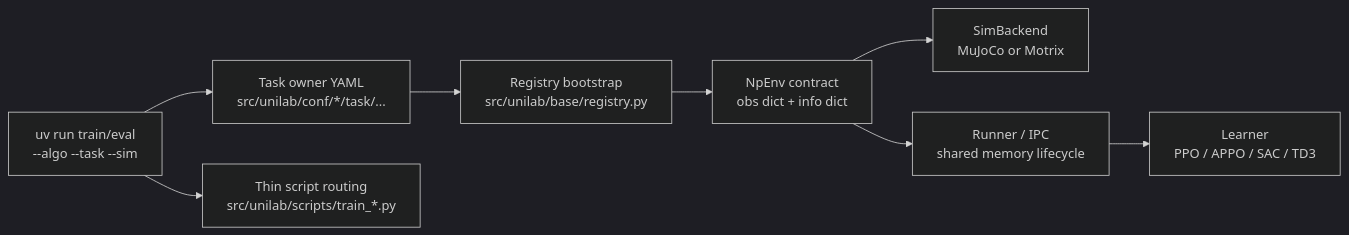
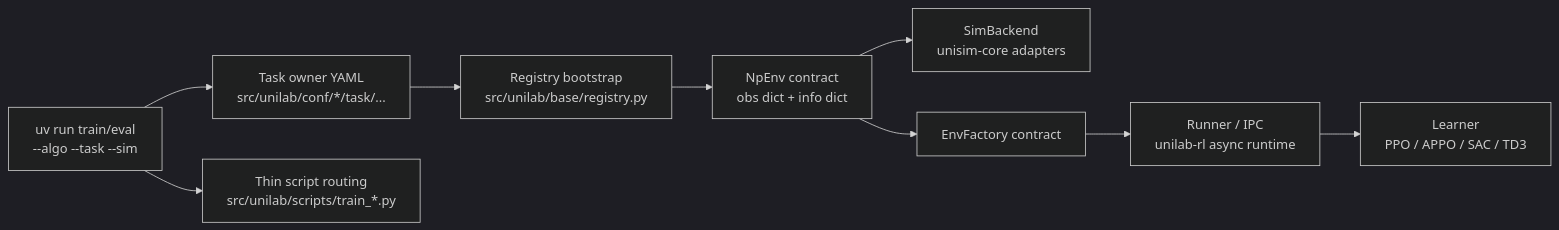
Before and after one commit to Motphys/UniLab: the diagram in docs/sphinx/source/en/0-index.md, drawn with Mermaid (dark theme). The commit also changed other lines of this file and 13 other files, not shown here.

````diff
--- a/docs/sphinx/source/en/0-index.md
+++ b/docs/sphinx/source/en/0-index.md
@@ -126,10 +132,11 @@
 ```{mermaid}
 flowchart LR
   cli["uv run train/eval<br/>--algo --task --sim"] --> owner["Task owner YAML<br/>src/unilab/conf/*/task/..."]
   cli --> script["Thin script routing<br/>src/unilab/scripts/train_*.py"]
   owner --> registry["Registry bootstrap<br/>src/unilab/base/registry.py"]
   registry --> env["NpEnv contract<br/>obs dict + info dict"]
-  env --> backend["SimBackend<br/>MuJoCo or Motrix"]
-  env --> runtime["Runner / IPC<br/>shared memory lifecycle"]
+  env --> backend["SimBackend<br/>unisim-core adapters"]
+  env --> factory["EnvFactory contract"]
+  factory --> runtime["Runner / IPC<br/>unilab-rl async runtime"]
   runtime --> learner["Learner<br/>PPO / APPO / SAC / TD3"]
 ```
````
